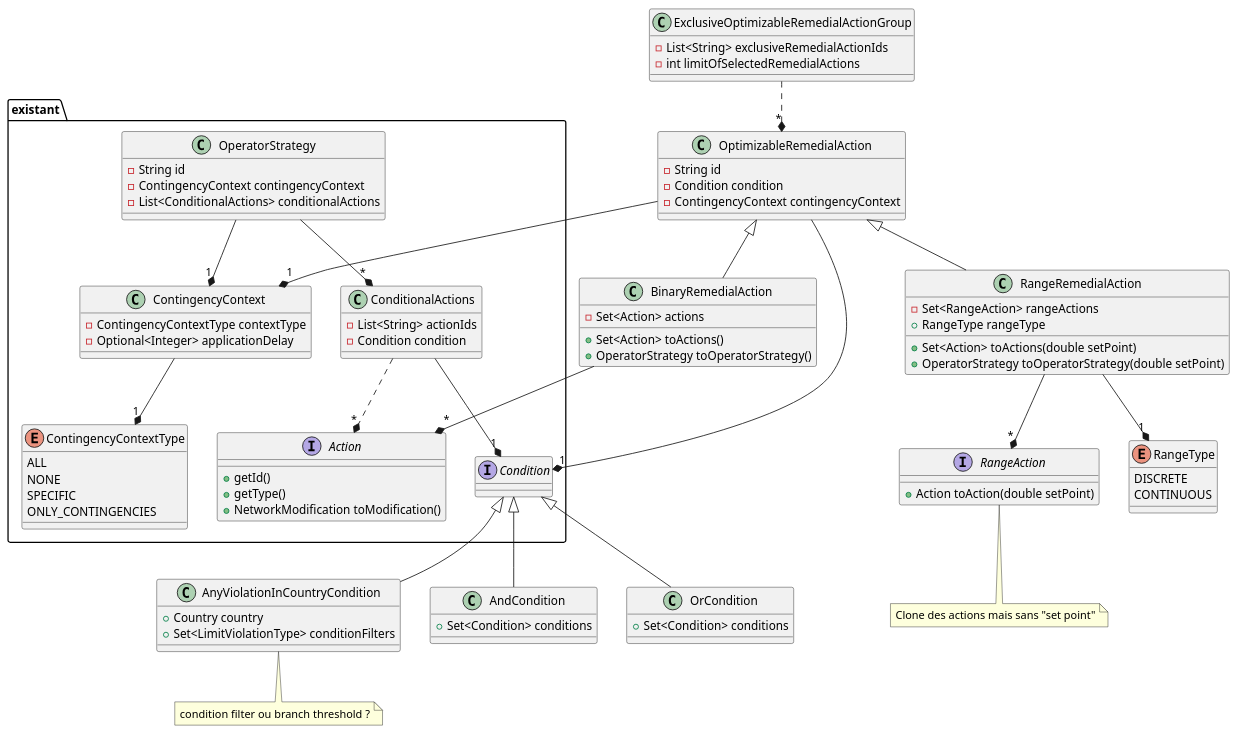
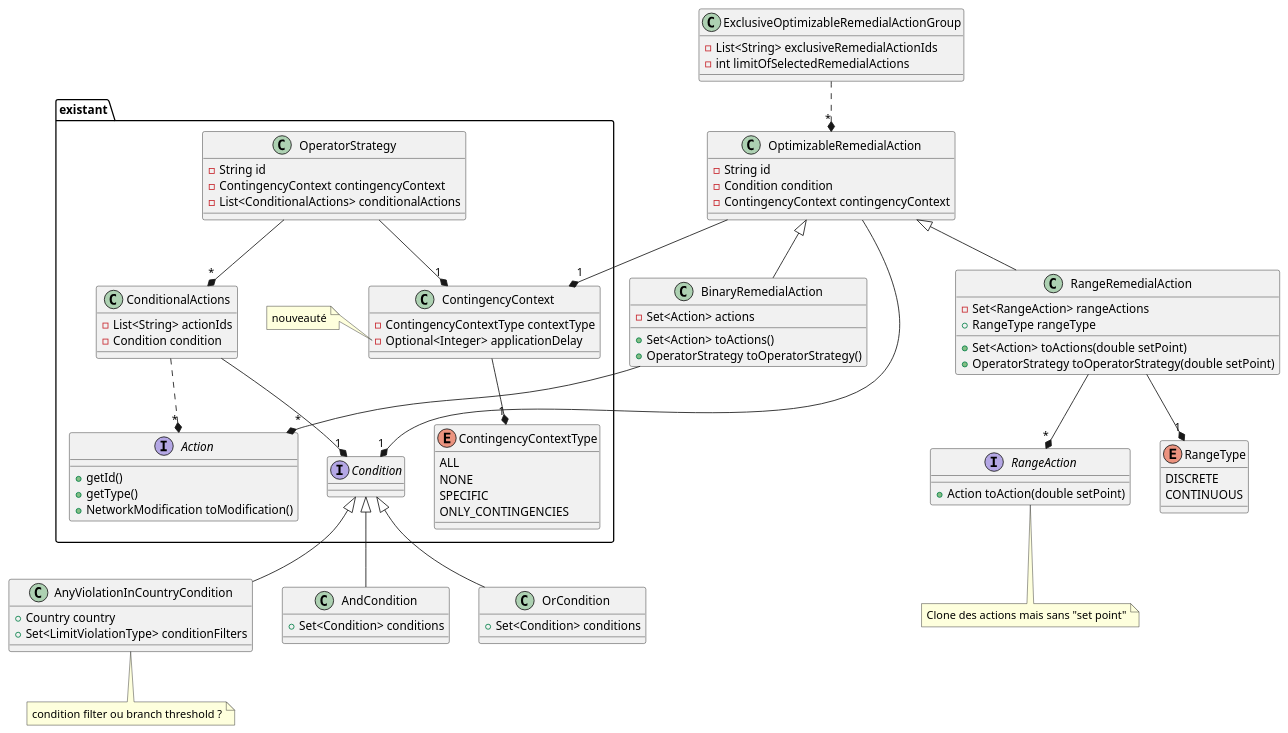
Before and after one commit to powsybl/powsybl-core: the diagram in docs/simulation/security/operatorStrategy_simple_future.puml, drawn with PlantUML.

Commit message:
Add comment

```diff
--- a/docs/simulation/security/operatorStrategy_simple_future.puml
+++ b/docs/simulation/security/operatorStrategy_simple_future.puml
@@ -1,107 +1,111 @@
 @startuml
 
 namespace existant {
 
 class OperatorStrategy {
   - String id
   - ContingencyContext contingencyContext
   - List<ConditionalActions> conditionalActions
 }
 OperatorStrategy --* "1" ContingencyContext
 OperatorStrategy --* "*" ConditionalActions
 
 interface Condition
 
 class ConditionalActions {
   - List<String> actionIds
   - Condition condition
 }
 ConditionalActions ..* "*" Action
 ConditionalActions --* "1" Condition
 
 class ContingencyContext {
   - ContingencyContextType contextType
   - Optional<Integer> applicationDelay
 }
 ContingencyContext --* "1" ContingencyContextType
+
+note left of ContingencyContext::applicationDelay
+  nouveauté
+end note
 
 enum ContingencyContextType {
   ALL
   NONE
   SPECIFIC
   ONLY_CONTINGENCIES
 }
 
 interface Action {
   + getId()
   + getType()
   + NetworkModification toModification()
 }
 
 }
 
 Condition <|-- AndCondition
 Condition <|-- OrCondition
 Condition <|-- AnyViolationInCountryCondition
 
 class AndCondition {
   + Set<Condition> conditions
 }
 
 class OrCondition {
   + Set<Condition> conditions
 }
 
 class AnyViolationInCountryCondition {
  + Country country
  + Set<LimitViolationType> conditionFilters
 }
 
 note bottom: condition filter ou branch threshold ?
 
 
 
 class OptimizableRemedialAction {
   - String id
   - Condition condition
   - ContingencyContext contingencyContext
 }
 OptimizableRemedialAction --* "1" Condition
 OptimizableRemedialAction --* "1" ContingencyContext
 OptimizableRemedialAction <|-- BinaryRemedialAction
 OptimizableRemedialAction <|-- RangeRemedialAction
 
 class BinaryRemedialAction {
   - Set<Action> actions
   + Set<Action> toActions()
   + OperatorStrategy toOperatorStrategy()
 }
 BinaryRemedialAction --* "*" Action
 
 class RangeRemedialAction {
   - Set<RangeAction> rangeActions
   + RangeType rangeType
   + Set<Action> toActions(double setPoint)
   + OperatorStrategy toOperatorStrategy(double setPoint)
 }
 RangeRemedialAction --* "*" RangeAction
 RangeRemedialAction --* "1" RangeType
 
 enum RangeType {
   DISCRETE
   CONTINUOUS
 }
 
 interface RangeAction {
   + Action toAction(double setPoint)
 }
 note bottom: Clone des actions mais sans "set point"
 
 class ExclusiveOptimizableRemedialActionGroup {
   - List<String> exclusiveRemedialActionIds
   - int limitOfSelectedRemedialActions
 }
 ExclusiveOptimizableRemedialActionGroup ..* "*" OptimizableRemedialAction
 
 
 @enduml
```
